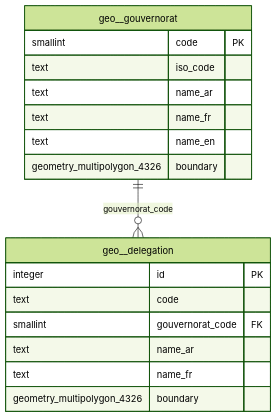
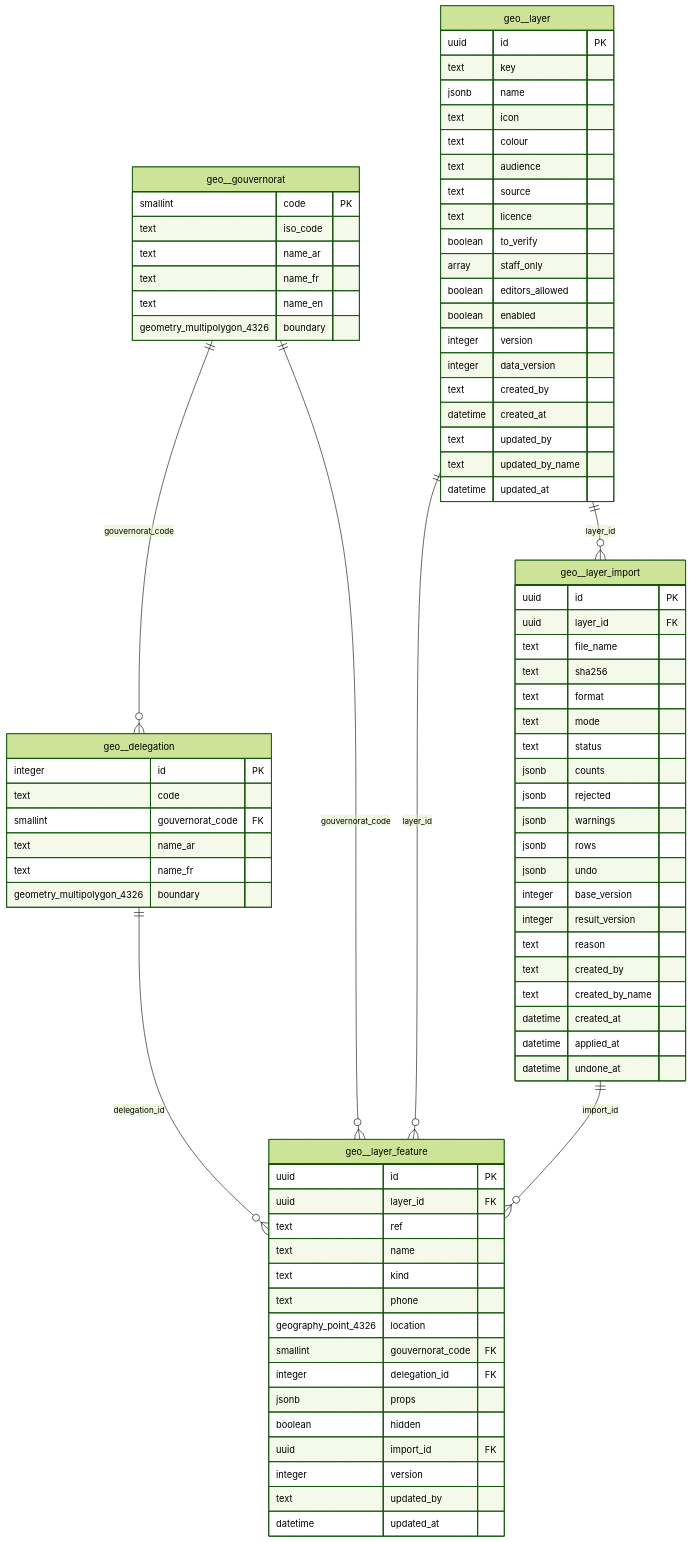
The eighth of 17 diagrams in docs/erd.md (mouhabouk/E-HIMAYA), drawn with Mermaid (forest theme) before and after one commit. The commit also changed 13 other files, not shown here.

````diff
--- a/docs/erd.md
+++ b/docs/erd.md
@@ -256,5 +256,70 @@
         text name_en
         geometry_multipolygon_4326 boundary
     }
+    geo__layer {
+        uuid id PK
+        text key
+        jsonb name
+        text icon
+        text colour
+        text audience
+        text source
+        text licence
+        boolean to_verify
+        array staff_only
+        boolean editors_allowed
+        boolean enabled
+        integer version
+        integer data_version
+        text created_by
+        datetime created_at
+        text updated_by
+        text updated_by_name
+        datetime updated_at
+    }
+    geo__layer_feature {
+        uuid id PK
+        uuid layer_id FK
+        text ref
+        text name
+        text kind
+        text phone
+        geography_point_4326 location
+        smallint gouvernorat_code FK
+        integer delegation_id FK
+        jsonb props
+        boolean hidden
+        uuid import_id FK
+        integer version
+        text updated_by
+        datetime updated_at
+    }
+    geo__layer_import {
+        uuid id PK
+        uuid layer_id FK
+        text file_name
+        text sha256
+        text format
+        text mode
+        text status
+        jsonb counts
+        jsonb rejected
+        jsonb warnings
+        jsonb rows
+        jsonb undo
+        integer base_version
+        integer result_version
+        text reason
+        text created_by
+        text created_by_name
+        datetime created_at
+        datetime applied_at
+        datetime undone_at
+    }
+    geo__delegation ||--o{ geo__layer_feature : "delegation_id"
     geo__gouvernorat ||--o{ geo__delegation : "gouvernorat_code"
+    geo__gouvernorat ||--o{ geo__layer_feature : "gouvernorat_code"
+    geo__layer ||--o{ geo__layer_feature : "layer_id"
+    geo__layer ||--o{ geo__layer_import : "layer_id"
+    geo__layer_import ||--o{ geo__layer_feature : "import_id"
 ```
````
